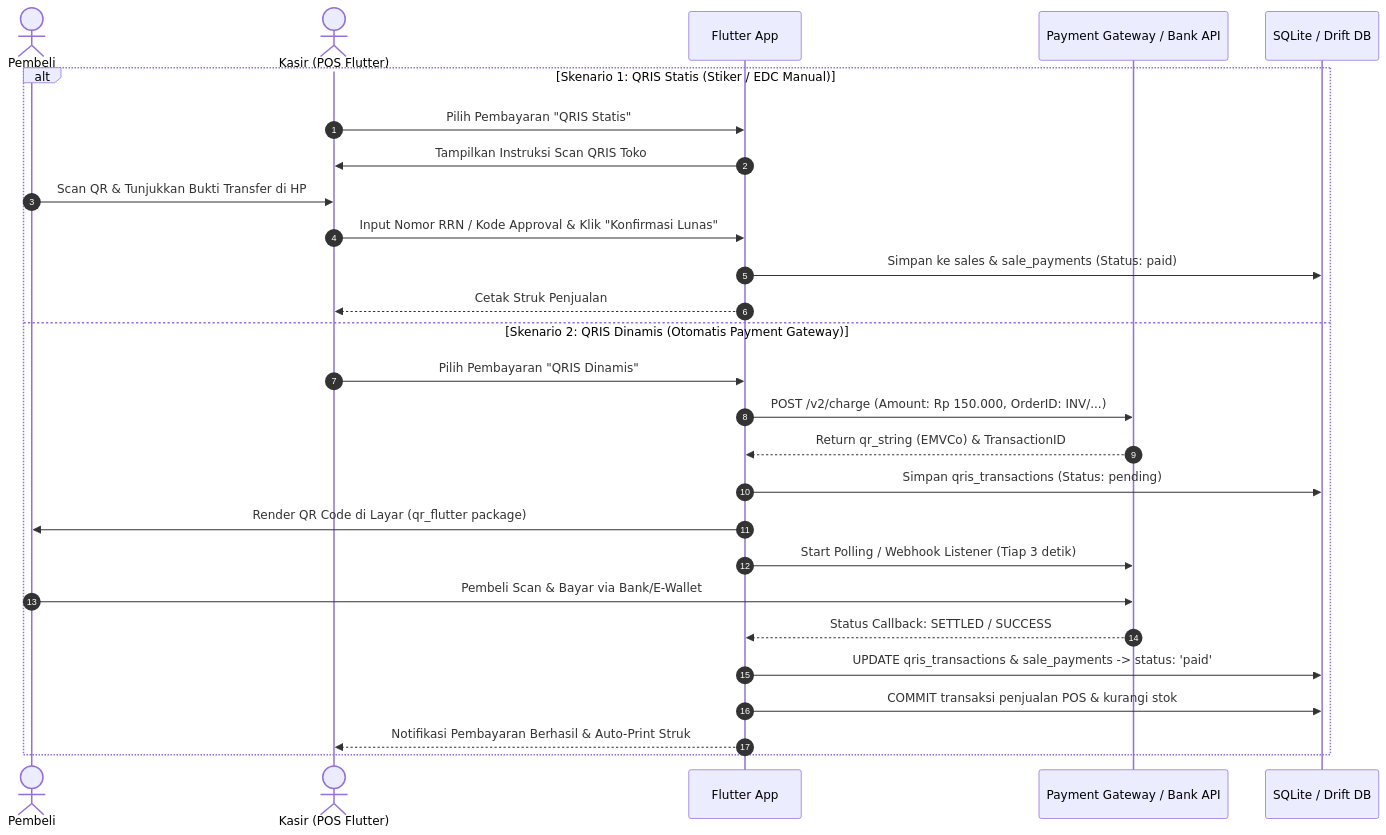
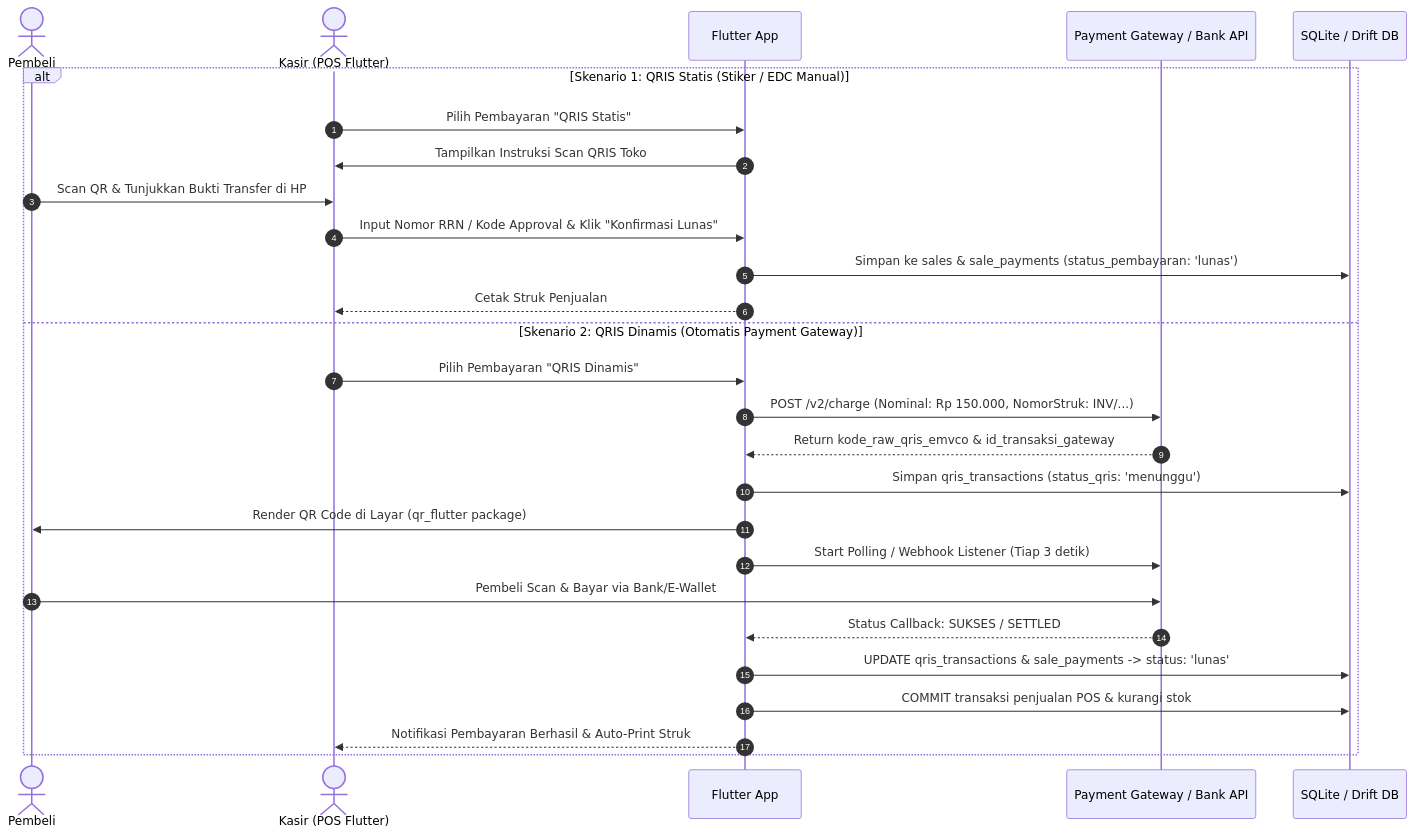
The seventh of 8 diagrams in .markdown/DATABASE_SCHEMA_STORE_POS.md (dataprojectobenk/Obenk-Project), drawn with Mermaid before and after one commit. The commit also changed other lines of this file and 1 other file, not shown here.

````diff
--- a/.markdown/DATABASE_SCHEMA_STORE_POS.md
+++ b/.markdown/DATABASE_SCHEMA_STORE_POS.md
@@ -782,30 +1329,30 @@
 ```mermaid
 sequenceDiagram
     autonumber
     actor Customer as Pembeli
     actor Cashier as Kasir (POS Flutter)
     participant POS as Flutter App
     participant Gateway as Payment Gateway / Bank API
     participant DB as SQLite / Drift DB
 
     alt Skenario 1: QRIS Statis (Stiker / EDC Manual)
         Cashier->>POS: Pilih Pembayaran "QRIS Statis"
         POS->>Cashier: Tampilkan Instruksi Scan QRIS Toko
         Customer->>Cashier: Scan QR & Tunjukkan Bukti Transfer di HP
         Cashier->>POS: Input Nomor RRN / Kode Approval & Klik "Konfirmasi Lunas"
-        POS->>DB: Simpan ke sales & sale_payments (Status: paid)
+        POS->>DB: Simpan ke sales & sale_payments (status_pembayaran: 'lunas')
         POS-->>Cashier: Cetak Struk Penjualan
     else Skenario 2: QRIS Dinamis (Otomatis Payment Gateway)
         Cashier->>POS: Pilih Pembayaran "QRIS Dinamis"
-        POS->>Gateway: POST /v2/charge (Amount: Rp 150.000, OrderID: INV/...)
-        Gateway-->>POS: Return qr_string (EMVCo) & TransactionID
-        POS->>DB: Simpan qris_transactions (Status: pending)
+        POS->>Gateway: POST /v2/charge (Nominal: Rp 150.000, NomorStruk: INV/...)
+        Gateway-->>POS: Return kode_raw_qris_emvco & id_transaksi_gateway
+        POS->>DB: Simpan qris_transactions (status_qris: 'menunggu')
         POS->>Customer: Render QR Code di Layar (qr_flutter package)
         POS->>Gateway: Start Polling / Webhook Listener (Tiap 3 detik)
         Customer->>Gateway: Pembeli Scan & Bayar via Bank/E-Wallet
-        Gateway-->>POS: Status Callback: SETTLED / SUCCESS
-        POS->>DB: UPDATE qris_transactions & sale_payments -> status: 'paid'
+        Gateway-->>POS: Status Callback: SUKSES / SETTLED
+        POS->>DB: UPDATE qris_transactions & sale_payments -> status: 'lunas'
         POS->>DB: COMMIT transaksi penjualan POS & kurangi stok
         POS-->>Cashier: Notifikasi Pembayaran Berhasil & Auto-Print Struk
     end
 ```
````
